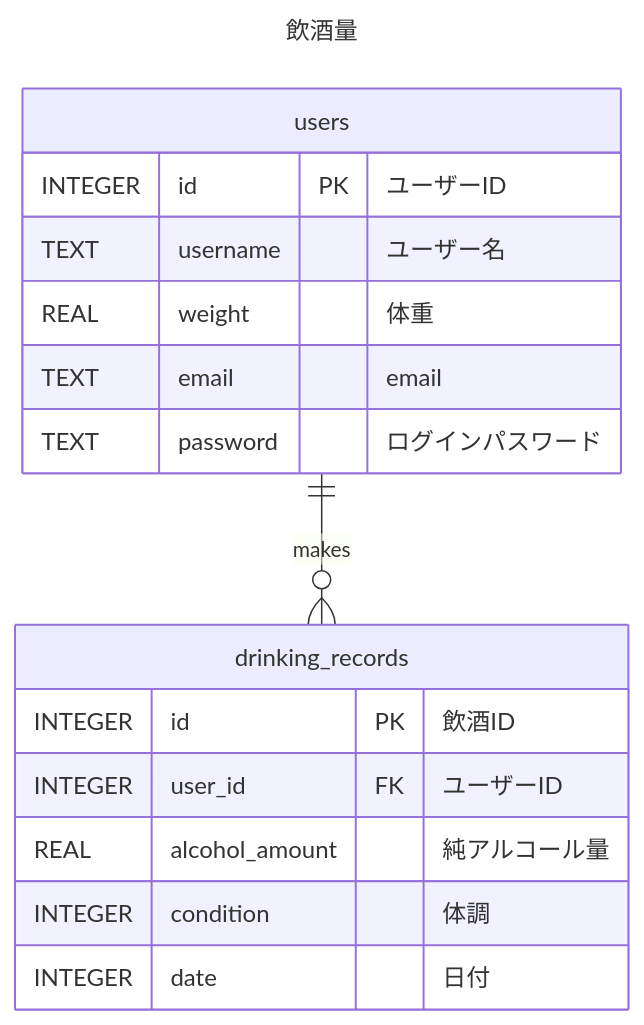
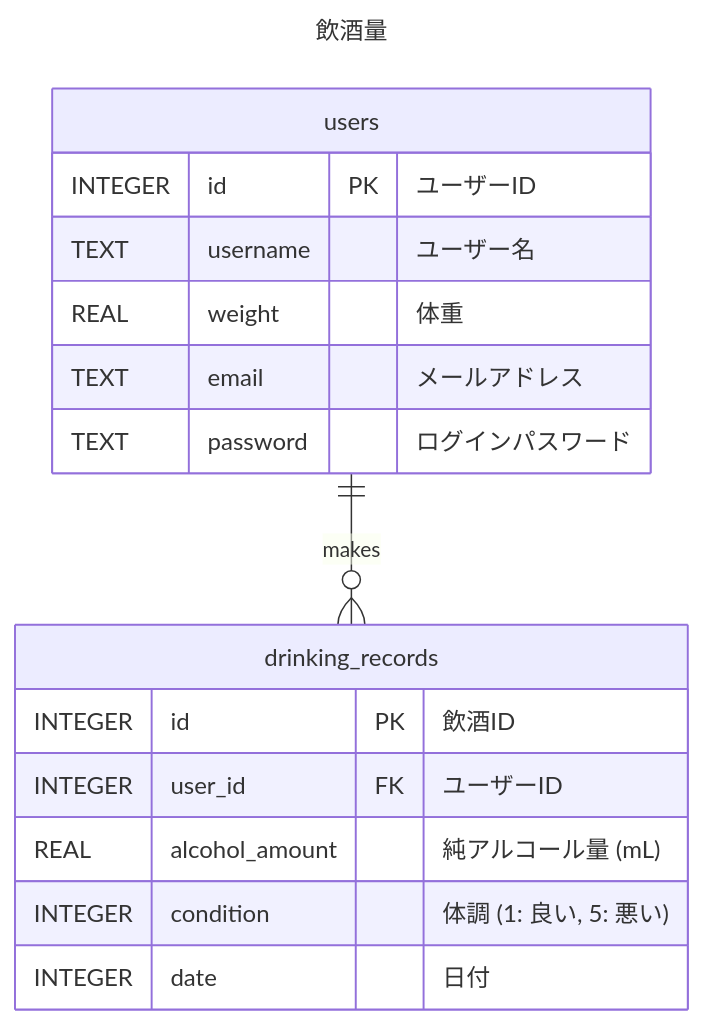
One commit to saitamau-maximum/alcoho-rhythm changed the diagram in README.md. Above: the diagram before and after it, drawn with Mermaid.

Commit message:
docs: 属性の説明を詳細にした

````diff
--- a/README.md
+++ b/README.md
@@ -7,23 +7,23 @@
 ```mermaid
 ---
 title: "飲酒量"
 ---
 erDiagram
     users ||--o{ drinking_records : "makes"
 
     users {
         INTEGER id PK "ユーザーID"
         TEXT username "ユーザー名"
         REAL weight "体重"
-        TEXT email "email"
+        TEXT email "メールアドレス"
         TEXT password "ログインパスワード"
     }
 
     drinking_records {
         INTEGER id PK "飲酒ID"
         INTEGER user_id FK "ユーザーID"
-        REAL alcohol_amount "純アルコール量"
-        INTEGER condition "体調"
+        REAL alcohol_amount "純アルコール量 (mL)"
+        INTEGER condition "体調 (1: 良い, 5: 悪い)"
         INTEGER date "日付"
     }
 ```
````
